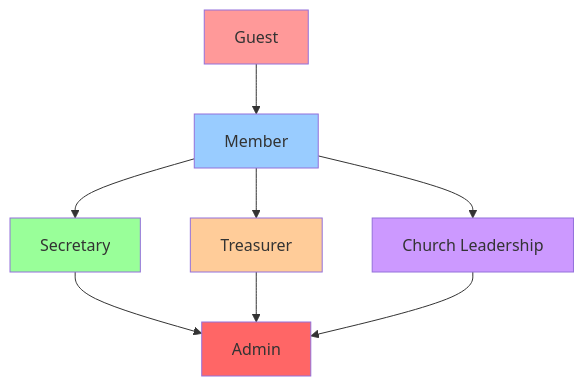
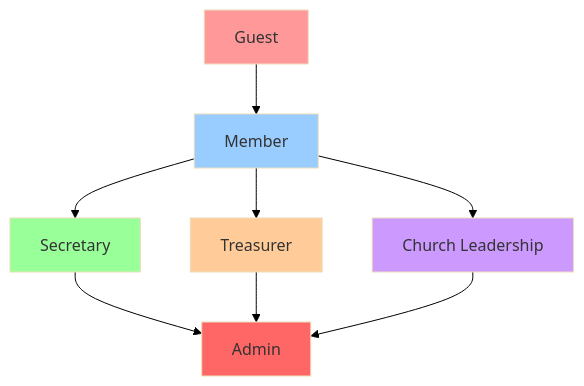
One commit to dawityifter/abune-aregawi changed the fourth of 4 diagrams in README.md. Above: the diagram before and after it, drawn with Mermaid.

Commit message:
Docs: set white background for Role Hierarchy mermaid diagram for better contrast.

````diff
--- a/README.md
+++ b/README.md
@@ -271,17 +271,18 @@
 ```mermaid
+%%{init: {"theme": "base", "themeVariables": { "background": "#ffffff" }}}%%
 graph TD
     A[Guest] --> B[Member]
     B --> C[Secretary]
     B --> D[Treasurer]
     B --> E[Church Leadership]
     C --> F[Admin]
     D --> F
     E --> F
     
     style A fill:#ff9999
     style B fill:#99ccff
     style C fill:#99ff99
     style D fill:#ffcc99
     style E fill:#cc99ff
     style F fill:#ff6666
 ```
````
